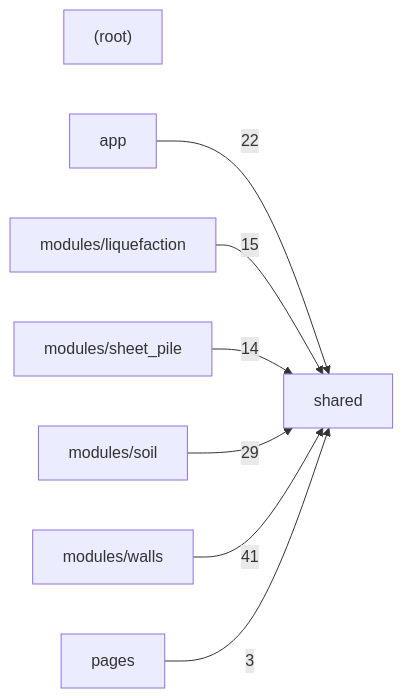
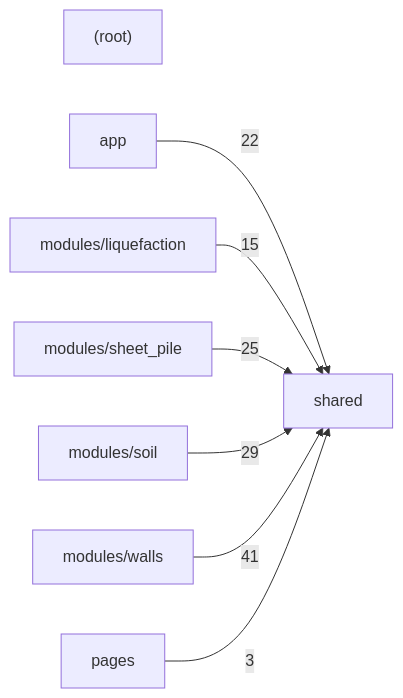
One commit to umutsertkaya/Foundation_Engineering_Program changed the second of 2 diagrams in docs/CODE_MAP.md. Above: the diagram before and after it, drawn with Mermaid. The commit also changed other lines of this file and 43 other files, not shown here.

````diff
--- a/docs/CODE_MAP.md
+++ b/docs/CODE_MAP.md
@@ -478,17 +530,17 @@
 ```mermaid
 graph LR
   _root_["(root)"]
   app["app"]
   modules_liquefaction["modules/liquefaction"]
   modules_sheet_pile["modules/sheet_pile"]
   modules_soil["modules/soil"]
   modules_walls["modules/walls"]
   pages["pages"]
   shared["shared"]
   app -->|22| shared
   modules_liquefaction -->|15| shared
-  modules_sheet_pile -->|14| shared
+  modules_sheet_pile -->|25| shared
   modules_soil -->|29| shared
   modules_walls -->|41| shared
   pages -->|3| shared
 ```
````
